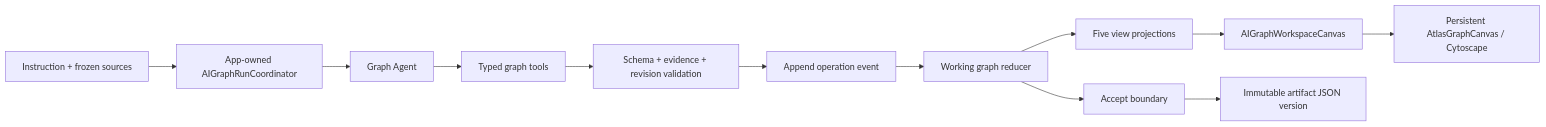
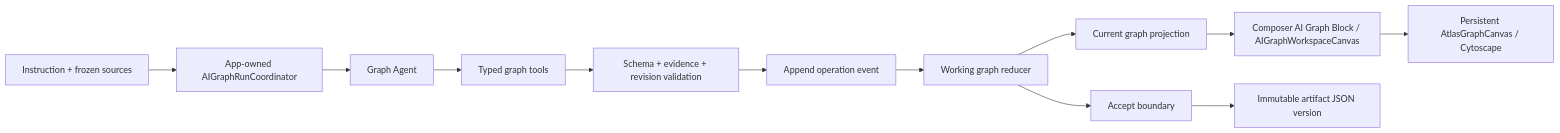
Before and after one commit to highestpeak/obsidian-peak-assistant: the second of 3 diagrams in docs/superpowers/specs/2026-08-13-ai-graph-agent-incremental-final-design.md, drawn with Mermaid. The commit also changed other lines of this file and 2 other files, not shown here.

Commit message:
docs: finalize composer AI graph block design

````diff
--- a/docs/superpowers/specs/2026-08-13-ai-graph-agent-incremental-final-design.md
+++ b/docs/superpowers/specs/2026-08-13-ai-graph-agent-incremental-final-design.md
@@ -420,14 +433,14 @@
 ```mermaid
 flowchart LR
   U["Instruction + frozen sources"] --> R["App-owned AIGraphRunCoordinator"]
   R --> A["Graph Agent"]
   A --> T["Typed graph tools"]
   T --> V["Schema + evidence + revision validation"]
   V --> L["Append operation event"]
   L --> D["Working graph reducer"]
-  D --> P["Five view projections"]
-  P --> C["AIGraphWorkspaceCanvas"]
+  D --> P["Current graph projection"]
+  P --> C["Composer AI Graph Block / AIGraphWorkspaceCanvas"]
   C --> Y["Persistent AtlasGraphCanvas / Cytoscape"]
   D --> X["Accept boundary"]
   X --> J["Immutable artifact JSON version"]
 ```
````
